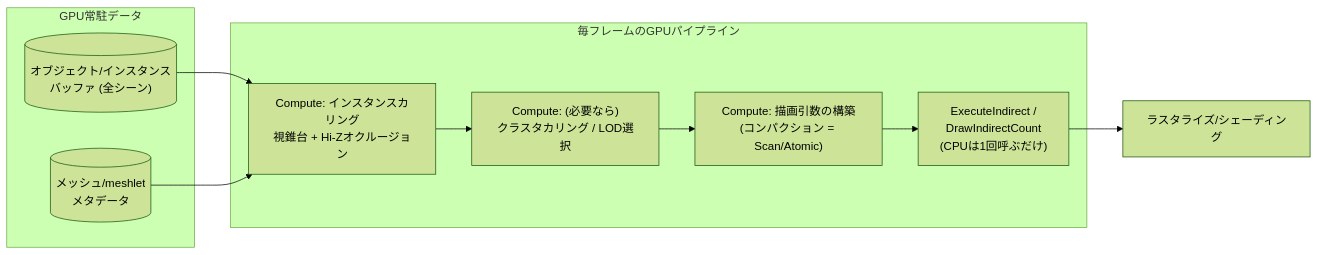
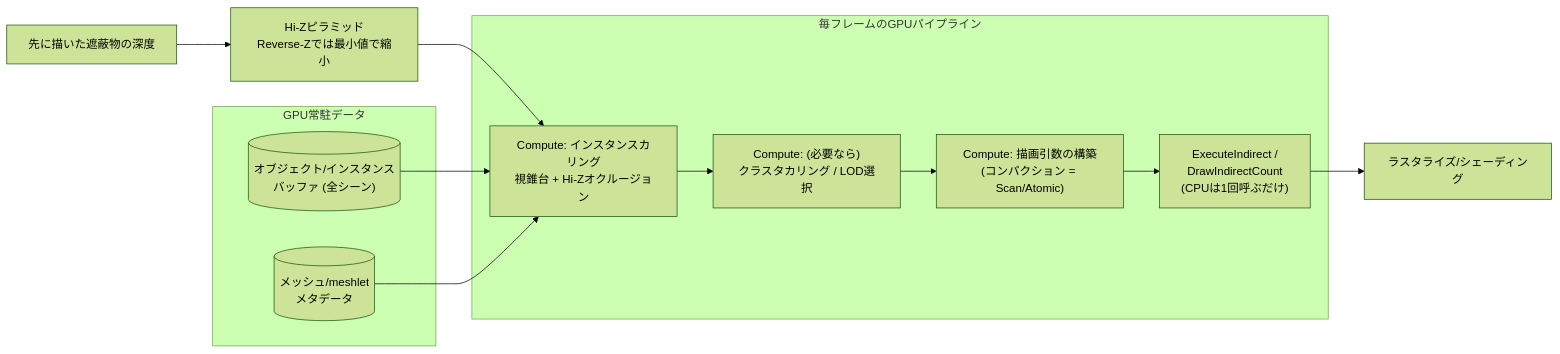
Before and after one commit to sny0/sny0.github.io: the diagram in study/docs/graphics/optimization/gpu-driven.md, drawn with Mermaid (forest theme). The commit also changed other lines of this file and 3 other files, not shown here.

````diff
--- a/study/docs/graphics/optimization/gpu-driven.md
+++ b/study/docs/graphics/optimization/gpu-driven.md
@@ -53,14 +53,15 @@
 ```mermaid
 flowchart LR
     subgraph GPU常駐データ
         OB[("オブジェクト/インスタンス<br/>バッファ (全シーン)")]
         MB[("メッシュ/meshlet<br/>メタデータ")]
     end
     subgraph 毎フレームのGPUパイプライン
         C1["Compute: インスタンスカリング<br/>視錐台 + Hi-Zオクルージョン"] --> C2["Compute: (必要なら)<br/>クラスタカリング / LOD選択"]
         C2 --> C3["Compute: 描画引数の構築<br/>(コンパクション = Scan/Atomic)"]
         C3 --> IND["ExecuteIndirect /<br/>DrawIndirectCount<br/>(CPUは1回呼ぶだけ)"]
     end
+    DEPTH["先に描いた遮蔽物の深度"] --> HIZ["Hi-Zピラミッド<br/>Reverse-Zでは最小値で縮小"] --> C1
     OB & MB --> C1
     IND --> R[ラスタライズ/シェーディング]
 ```
````
